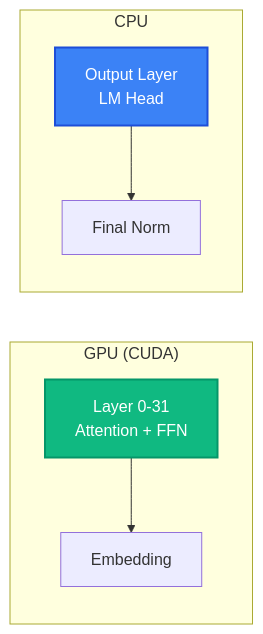
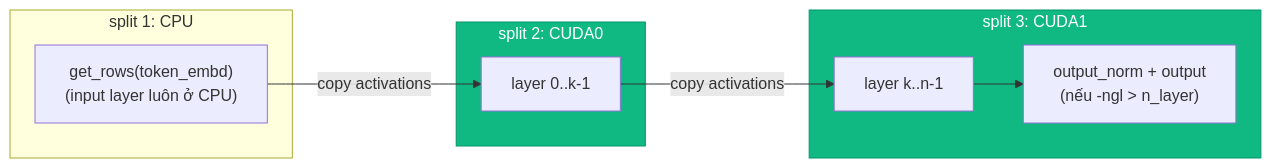
Before and after one commit to tuandung222/llama-cpp-architecture-lectures: the second of 3 diagrams in docs/lesson_6_hardware_backends.md, drawn with Mermaid. The commit also changed other lines of this file and 5 other files, not shown here.

````diff
--- a/docs/lesson_6_hardware_backends.md
+++ b/docs/lesson_6_hardware_backends.md
@@ -144,12 +121,16 @@
 ```mermaid
 graph LR
-    subgraph "GPU (CUDA)"
-        L0[Layer 0-31\nAttention + FFN] --> Embed[Embedding]
+    subgraph S1["split 1: CPU"]
+        E["get_rows(token_embd)\n(input layer luôn ở CPU)"]
     end
-    subgraph "CPU"
-        Output[Output Layer\nLM Head] --> Norm[Final Norm]
+    subgraph S2["split 2: CUDA0"]
+        L0["layer 0..k-1"]
     end
+    subgraph S3["split 3: CUDA1"]
+        L1["layer k..n-1"] --> O["output_norm + output\n(nếu -ngl > n_layer)"]
+    end
+    E -->|copy activations| L0 --> |copy activations| L1
 
-    style L0 fill:#10b981,stroke:#059669,stroke-width:2px,color:#fff
-    style Output fill:#3b82f6,stroke:#1d4ed8,stroke-width:2px,color:#fff
+    style S2 fill:#10b981,stroke:#059669,color:#fff
+    style S3 fill:#10b981,stroke:#059669,color:#fff
 ```
````
